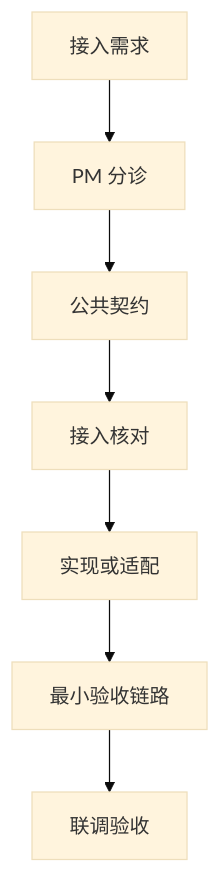
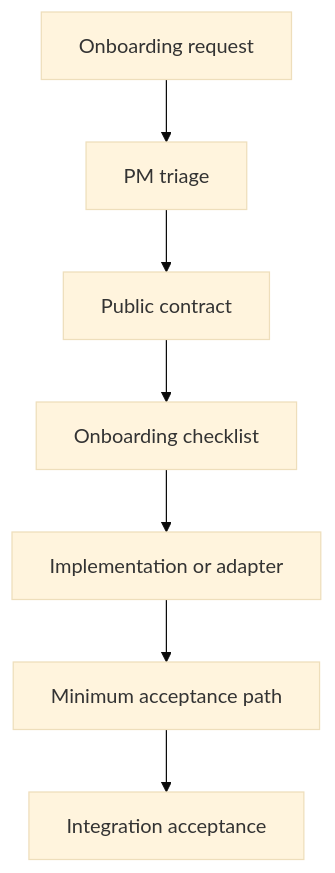
Before and after one commit to wz-gis/pm-dispatch-development: the third of 4 diagrams in README.md, drawn with Mermaid (base theme). The commit also changed other lines of this file, not shown here.

````diff
--- a/README.md
+++ b/README.md
@@ -305,9 +322,9 @@
 ```mermaid
 flowchart TD
-    A["接入需求"] --> B["PM 分诊"]
-    B --> C["公共契约"]
-    C --> D["接入核对"]
-    D --> E["实现或适配"]
-    E --> F["最小验收链路"]
-    F --> G["联调验收"]
+    A["Onboarding request"] --> B["PM triage"]
+    B --> C["Public contract"]
+    C --> D["Onboarding checklist"]
+    D --> E["Implementation or adapter"]
+    E --> F["Minimum acceptance path"]
+    F --> G["Integration acceptance"]
 ```
````
